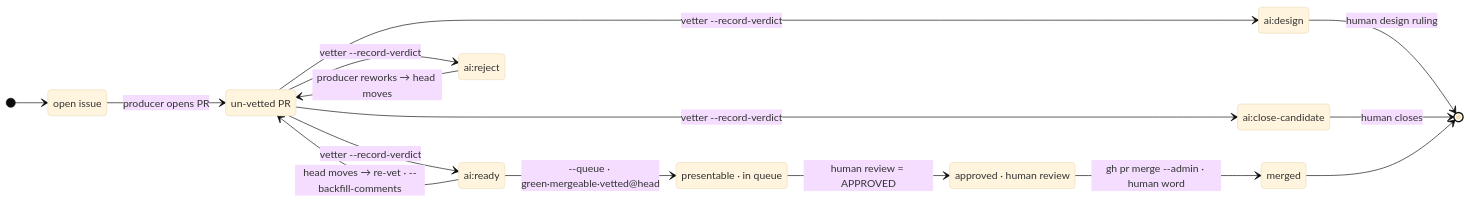
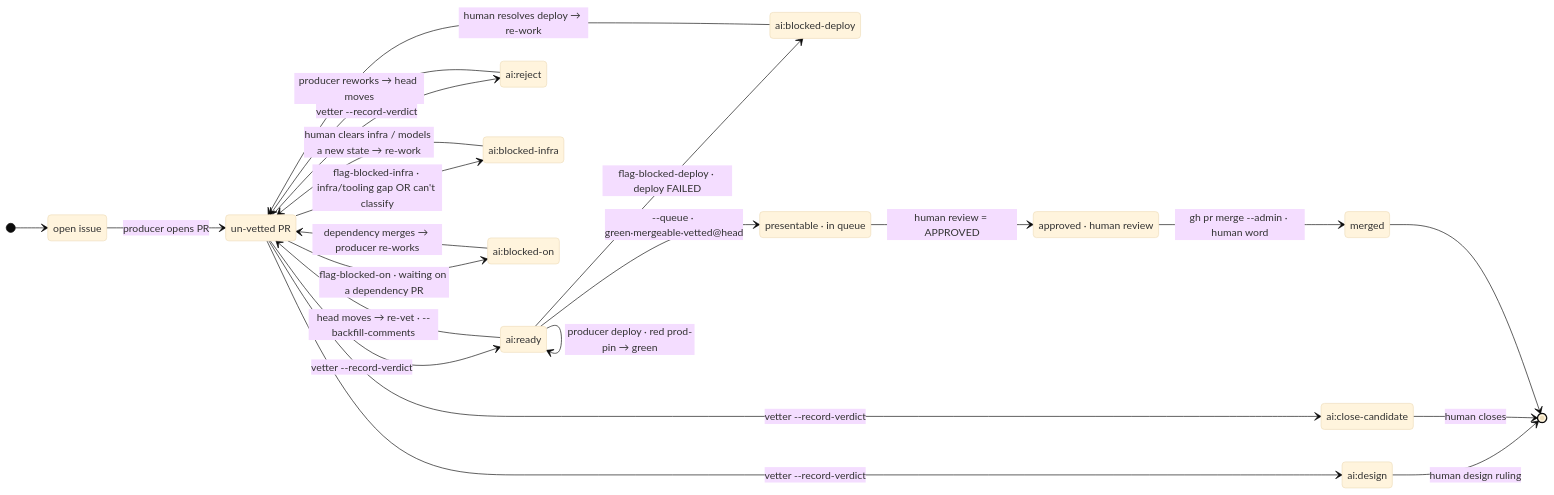
One commit to rainlanguage/issue-pr-cron changed the diagram in README.md. Above: the diagram before and after it, drawn with Mermaid (base theme). The commit also changed other lines of this file and 3 other files, not shown here.

````diff
--- a/README.md
+++ b/README.md
@@ -14,28 +14,40 @@
 ```mermaid
 stateDiagram-v2
     direction LR
     state "open issue" as issue
     state "un-vetted PR" as unvetted
     state "ai:ready" as ready
     state "ai:reject" as reject
     state "ai:design" as design
     state "ai:close-candidate" as close
+    state "ai:blocked-deploy" as bdeploy
+    state "ai:blocked-infra" as binfra
+    state "ai:blocked-on" as bon
     state "presentable · in queue" as queue
     state "approved · human review" as approved
     state "merged" as merged
 
     [*] --> issue
     issue --> unvetted : producer opens PR
     unvetted --> ready : vetter --record-verdict
     unvetted --> reject : vetter --record-verdict
     unvetted --> design : vetter --record-verdict
     unvetted --> close : vetter --record-verdict
     ready --> queue : --queue · green·mergeable·vetted@head
     queue --> approved : human review = APPROVED
     approved --> merged : gh pr merge --admin · human word
     reject --> unvetted : producer reworks → head moves
     ready --> unvetted : head moves → re-vet · --backfill-comments
+
+    ready --> ready : producer deploy · red prod-pin → green
+    ready --> bdeploy : flag-blocked-deploy · deploy FAILED
+    unvetted --> binfra : flag-blocked-infra · infra/tooling gap OR can't classify
+    unvetted --> bon : flag-blocked-on · waiting on a dependency PR
+    bdeploy --> unvetted : human resolves deploy → re-work
+    binfra --> unvetted : human clears infra / models a new state → re-work
+    bon --> unvetted : dependency merges → producer re-works
+
     design --> [*] : human design ruling
     close --> [*] : human closes
     merged --> [*]
 ```
````
